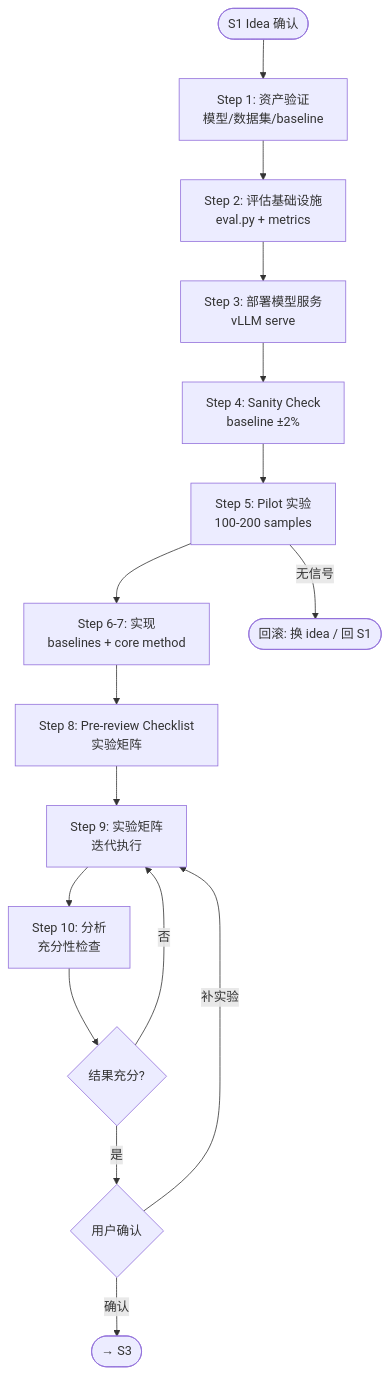
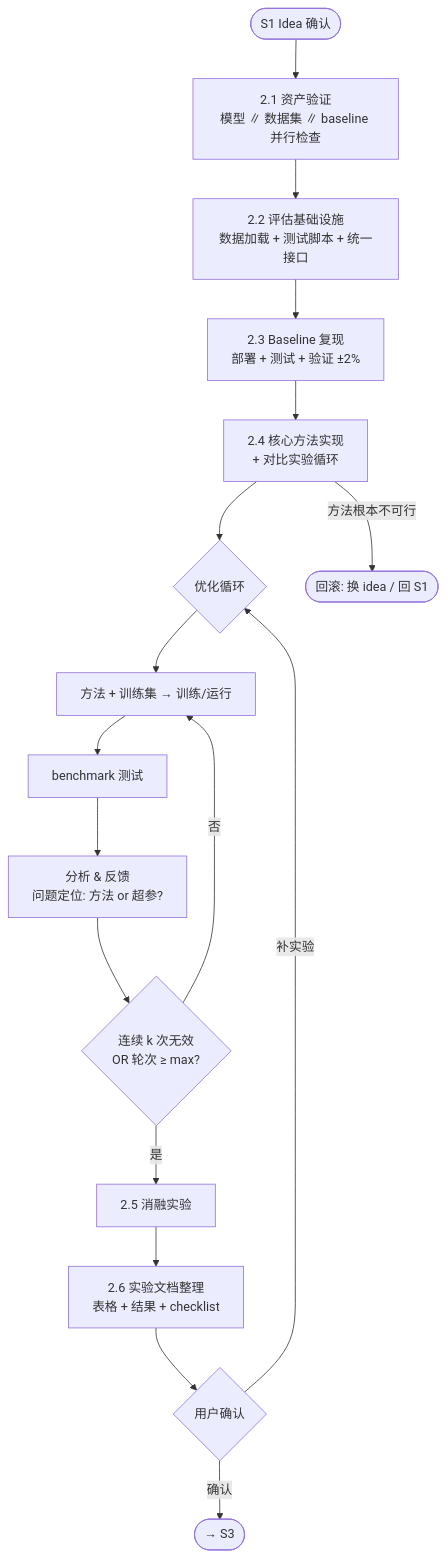
Before and after one commit to JZAO20L/nano-auto-research: the diagram in auto-research-s2-flow/SKILL.md, drawn with Mermaid. The commit also changed other lines of this file, not shown here.

First line of the commit message:
feat: S2-flow v2 — 6-step design with abstract experiment loop

````diff
--- a/auto-research-s2-flow/SKILL.md
+++ b/auto-research-s2-flow/SKILL.md
@@ -12,18 +12,19 @@
 ```mermaid
 flowchart TD
-    START([S1 Idea 确认]) --> V[Step 1: 资产验证<br/>模型/数据集/baseline]
-    V --> INFRA[Step 2: 评估基础设施<br/>eval.py + metrics]
-    INFRA --> DEPLOY[Step 3: 部署模型服务<br/>vLLM serve]
-    DEPLOY --> SANITY[Step 4: Sanity Check<br/>baseline ±2%]
-    SANITY --> PILOT[Step 5: Pilot 实验<br/>100-200 samples]
-    PILOT --> IMPL[Step 6-7: 实现<br/>baselines + core method]
-    IMPL --> CHECKLIST[Step 8: Pre-review Checklist<br/>实验矩阵]
-    CHECKLIST --> EXP[Step 9: 实验矩阵<br/>迭代执行]
-    EXP --> ANALYZE[Step 10: 分析<br/>充分性检查]
-    ANALYZE --> SUFF{结果充分?}
-    SUFF -->|否| EXP
-    SUFF -->|是| GATE{用户确认}
+    START([S1 Idea 确认]) --> V[2.1 资产验证<br/>模型 ∥ 数据集 ∥ baseline 并行检查]
+    V --> INFRA[2.2 评估基础设施<br/>数据加载 + 测试脚本 + 统一接口]
+    INFRA --> BASE[2.3 Baseline 复现<br/>部署 + 测试 + 验证 ±2%]
+    BASE --> IMPL[2.4 核心方法实现<br/>+ 对比实验循环]
+    IMPL --> LOOP{优化循环}
+    LOOP --> RUN[方法 + 训练集 → 训练/运行]
+    RUN --> TEST[benchmark 测试]
+    TEST --> ANALYZE[分析 & 反馈<br/>问题定位: 方法 or 超参?]
+    ANALYZE --> CONV{连续 k 次无效<br/>OR 轮次 ≥ max?}
+    CONV -->|否| RUN
+    CONV -->|是| ABL[2.5 消融实验]
+    ABL --> DOC[2.6 实验文档整理<br/>表格 + 结果 + checklist]
+    DOC --> GATE{用户确认}
     GATE -->|确认| OUT([→ S3])
-    GATE -->|补实验| EXP
-    PILOT -->|无信号| ROLLBACK([回滚: 换 idea / 回 S1])
+    GATE -->|补实验| LOOP
+    IMPL -->|方法根本不可行| ROLLBACK([回滚: 换 idea / 回 S1])
 ```
````
